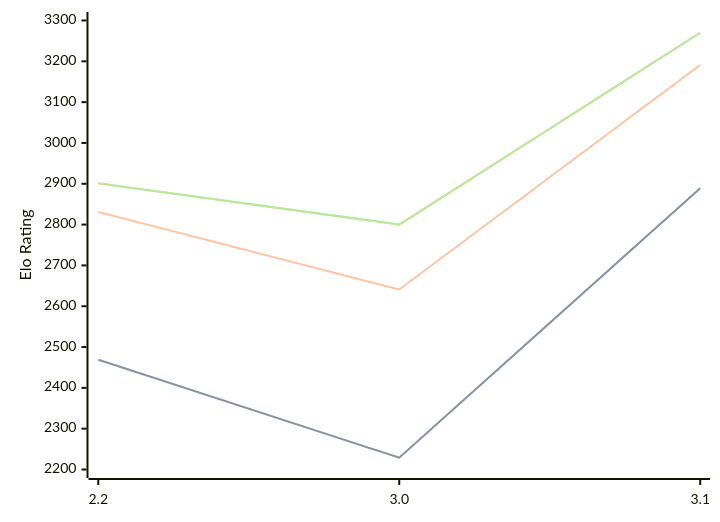
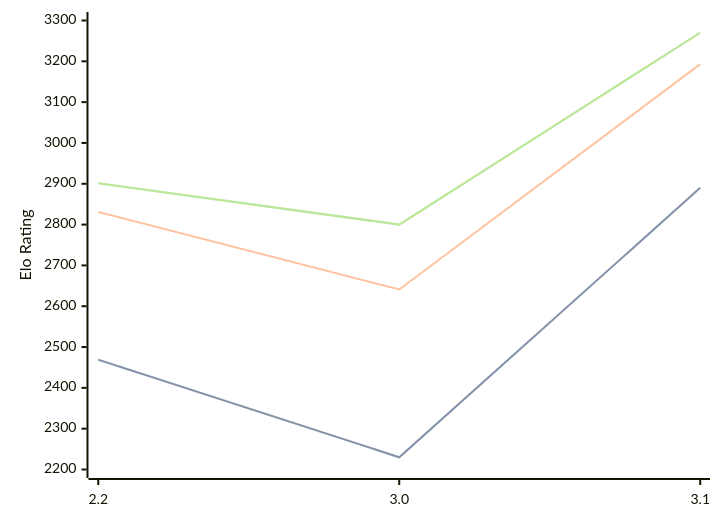
The diagram in engines/Thrawn.md (computer-chess-index/cci), drawn with Mermaid before and after one commit. The commit also changed other lines of this file, not shown here.

````diff
--- a/engines/Thrawn.md
+++ b/engines/Thrawn.md
@@ -33,11 +33,11 @@
 ```mermaid
 %%{init: {"theme":"base","themeVariables":{"seriesColors:['#a3a3a3','#222221','#faa371']}}}%%
 xychart-beta
   x-axis ["2.2", "3.0", "3.1"]
   y-axis "Elo Rating" 2200 --> 3300
-  line "" [2469, 2229, 2889]
-  line "STC (8.0+0.08s)" [2469, 2229, 2889]
-  line "LTC (60.0+0.60s)" [2831, 2641, 3191]
+  line "" [2469, 2230, 2890]
+  line "STC (8.0+0.08s)" [2469, 2230, 2890]
+  line "LTC (60.0+0.60s)" [2831, 2641, 3193]
   line "" [2901, 2800, 3270]
   line "VLTC (2m24s+1.12s)" [2901, 2800, 3270]
 ```
````
